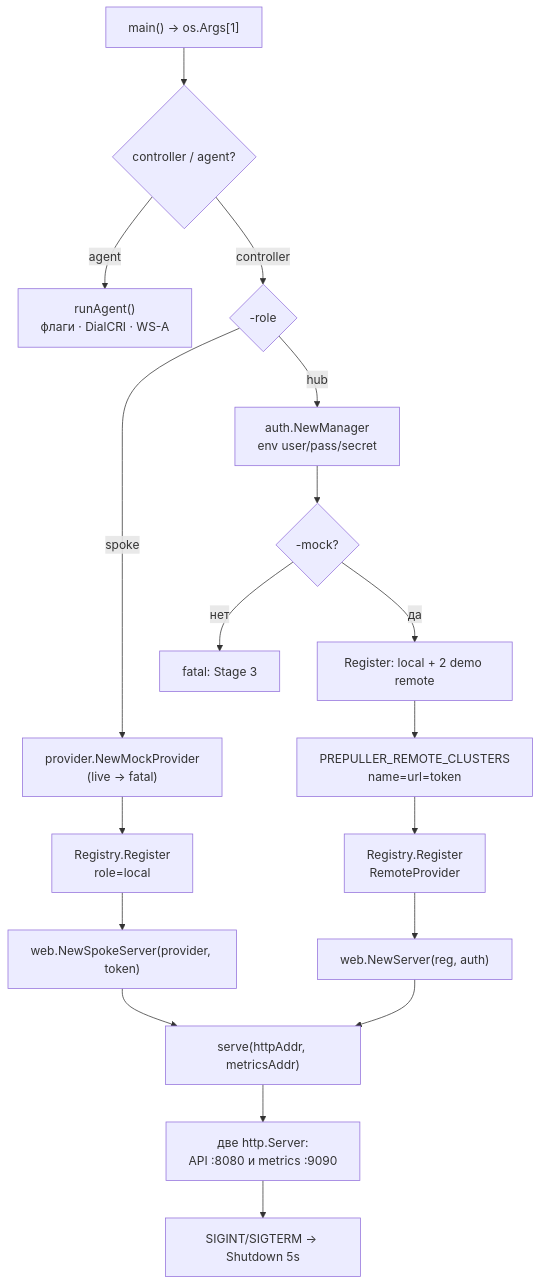
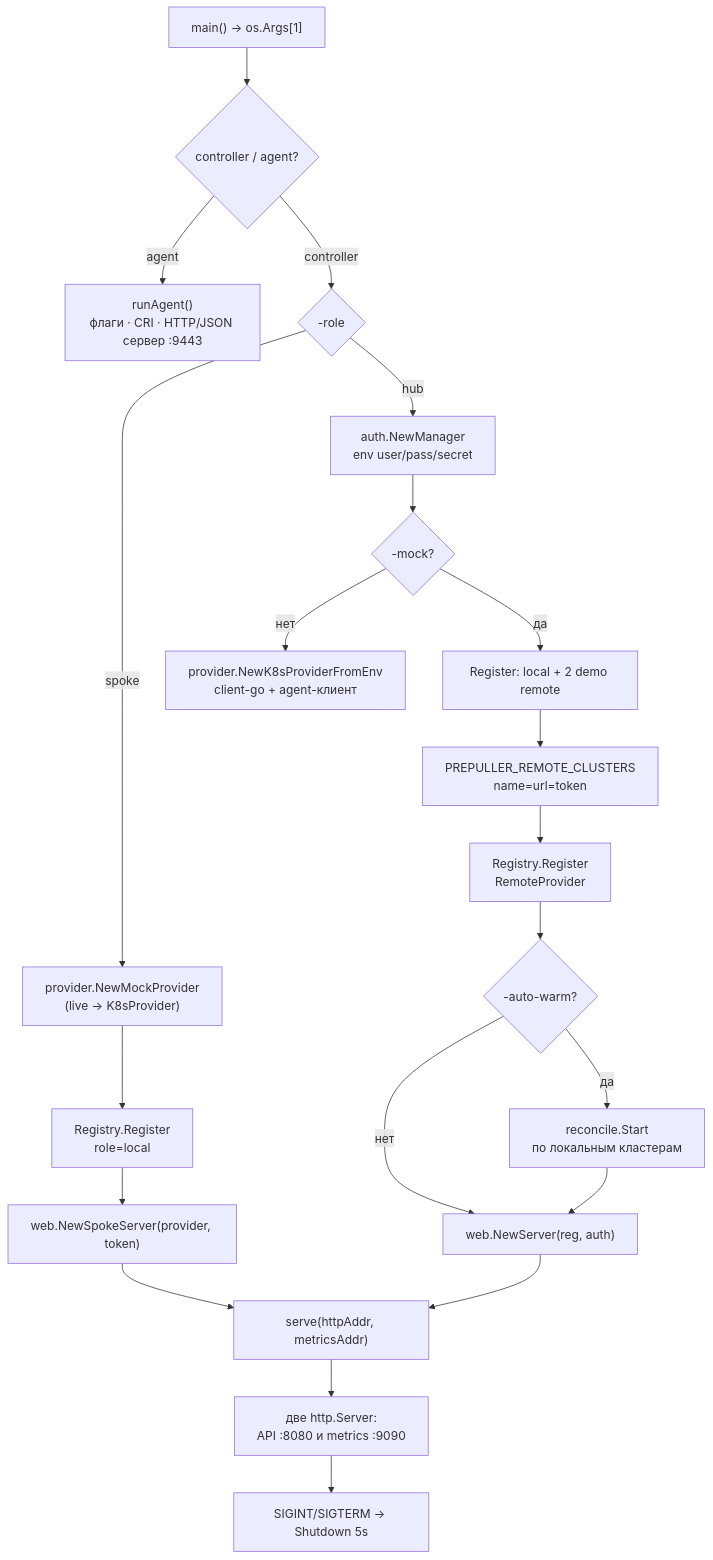
Before and after one commit to vasyakrg/image-prepuller: the third of 11 diagrams in docs/architecture.md, drawn with Mermaid. The commit also changed other lines of this file and 2 other files, not shown here.

First line of the commit message:
docs: Stage 2/3 integration - agent, K8sProvider, reconciler, metrics, UI

````diff
--- a/docs/architecture.md
+++ b/docs/architecture.md
@@ -130,20 +141,23 @@
 ```mermaid
 flowchart TD
     A["main() → os.Args[1]"] --> B{"controller / agent?"}
-    B -->|agent| X["runAgent()<br/>флаги · DialCRI · WS-A"]
+    B -->|agent| X["runAgent()<br/>флаги · CRI · HTTP/JSON сервер :9443"]
     B -->|controller| C{"-role"}
-    C -->|spoke| D["provider.NewMockProvider<br/>(live → fatal)"]
+    C -->|spoke| D["provider.NewMockProvider<br/>(live → K8sProvider)"]
     D --> E["Registry.Register<br/>role=local"]
     E --> F["web.NewSpokeServer(provider, token)"]
     C -->|hub| G["auth.NewManager<br/>env user/pass/secret"]
     G --> H{"-mock?"}
     H -->|да| I["Register: local + 2 demo remote"]
-    H -->|нет| Y["fatal: Stage 3"]
+    H -->|нет| Y["provider.NewK8sProviderFromEnv<br/>client-go + agent-клиент"]
     I --> J["PREPULLER_REMOTE_CLUSTERS<br/>name=url=token"]
     J --> K["Registry.Register<br/>RemoteProvider"]
-    K --> L["web.NewServer(reg, auth)"]
+    K --> M{"-auto-warm?"}
+    M -->|да| N["reconcile.Start<br/>по локальным кластерам"]
+    M -->|нет| L["web.NewServer(reg, auth)"]
+    N --> L
     F --> S["serve(httpAddr, metricsAddr)"]
     L --> S
     S --> T["две http.Server:<br/>API :8080 и metrics :9090"]
     T --> U["SIGINT/SIGTERM → Shutdown 5s"]
 ```
````
